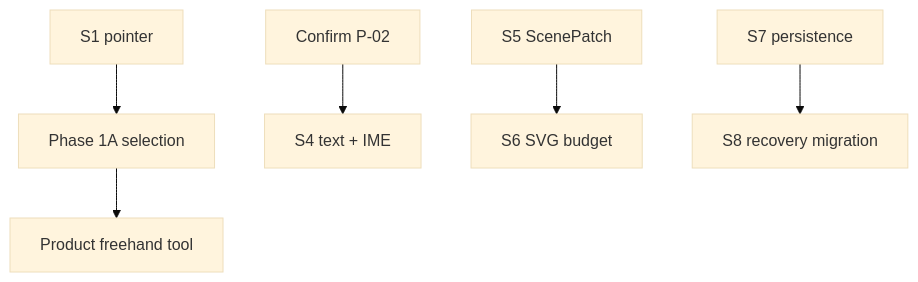
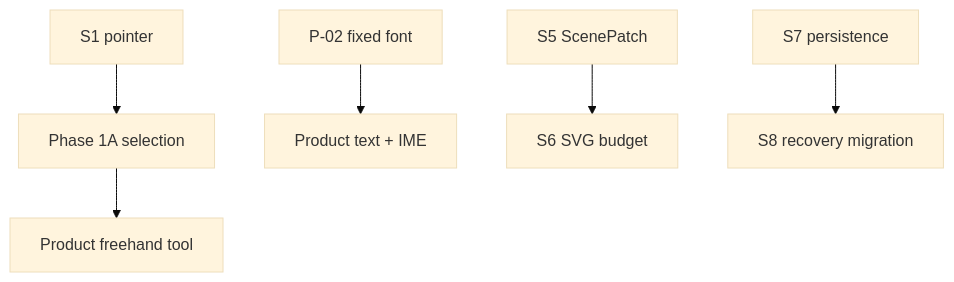
Before and after one commit to deweyou/node-ink: the diagram in docs/.todo.md, drawn with Mermaid (base theme). The commit also changed other lines of this file and 38 other files, not shown here.

````diff
--- a/docs/.todo.md
+++ b/docs/.todo.md
@@ -3,8 +3,8 @@
 ```mermaid
 flowchart TD
     Input["S1 pointer"] --> Selection["Phase 1A selection"]
     Selection --> Ink["Product freehand tool"]
-    Text["Confirm P-02"] --> IME["S4 text + IME"]
+    Text["P-02 fixed font"] --> IME["Product text + IME"]
     Patch["S5 ScenePatch"] --> Scale["S6 SVG budget"]
     Storage["S7 persistence"] --> Migration["S8 recovery migration"]
 ```
````
